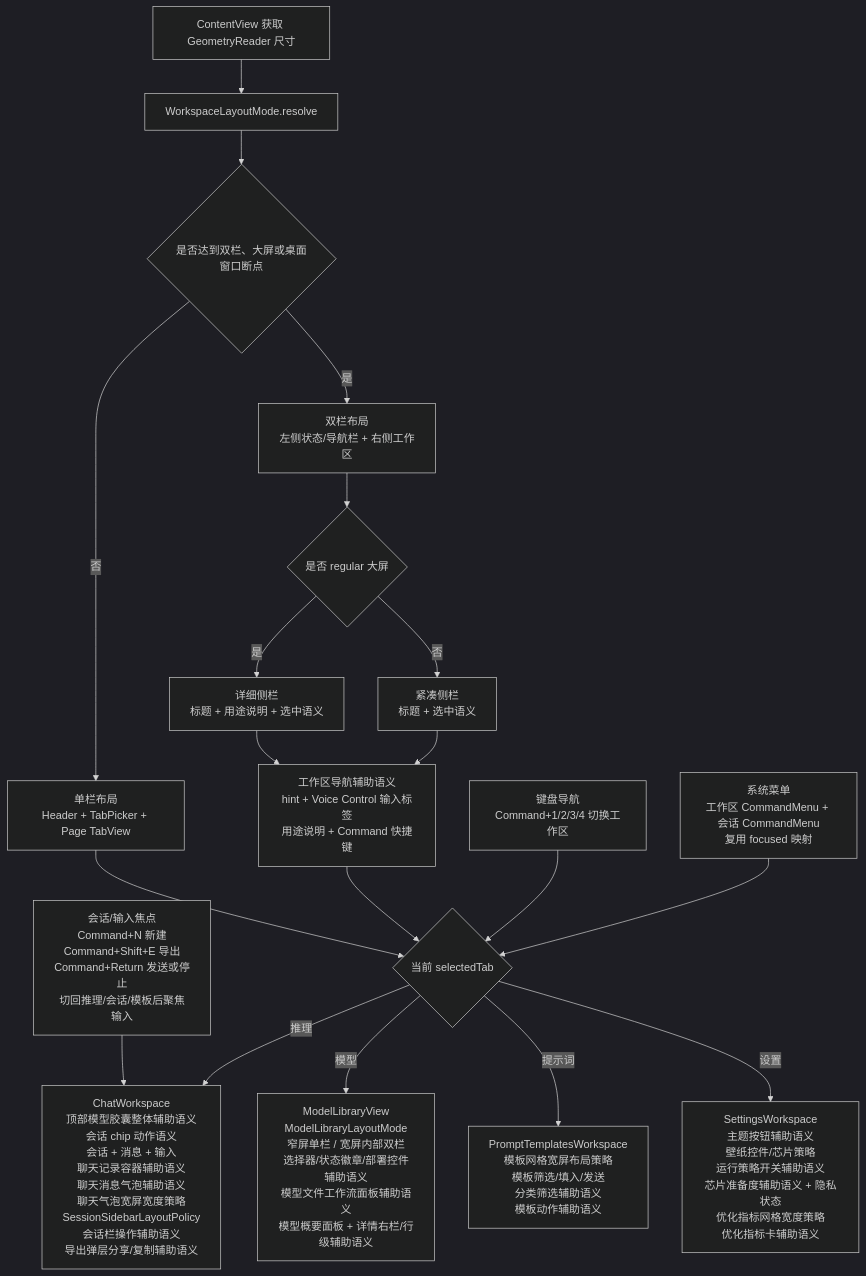
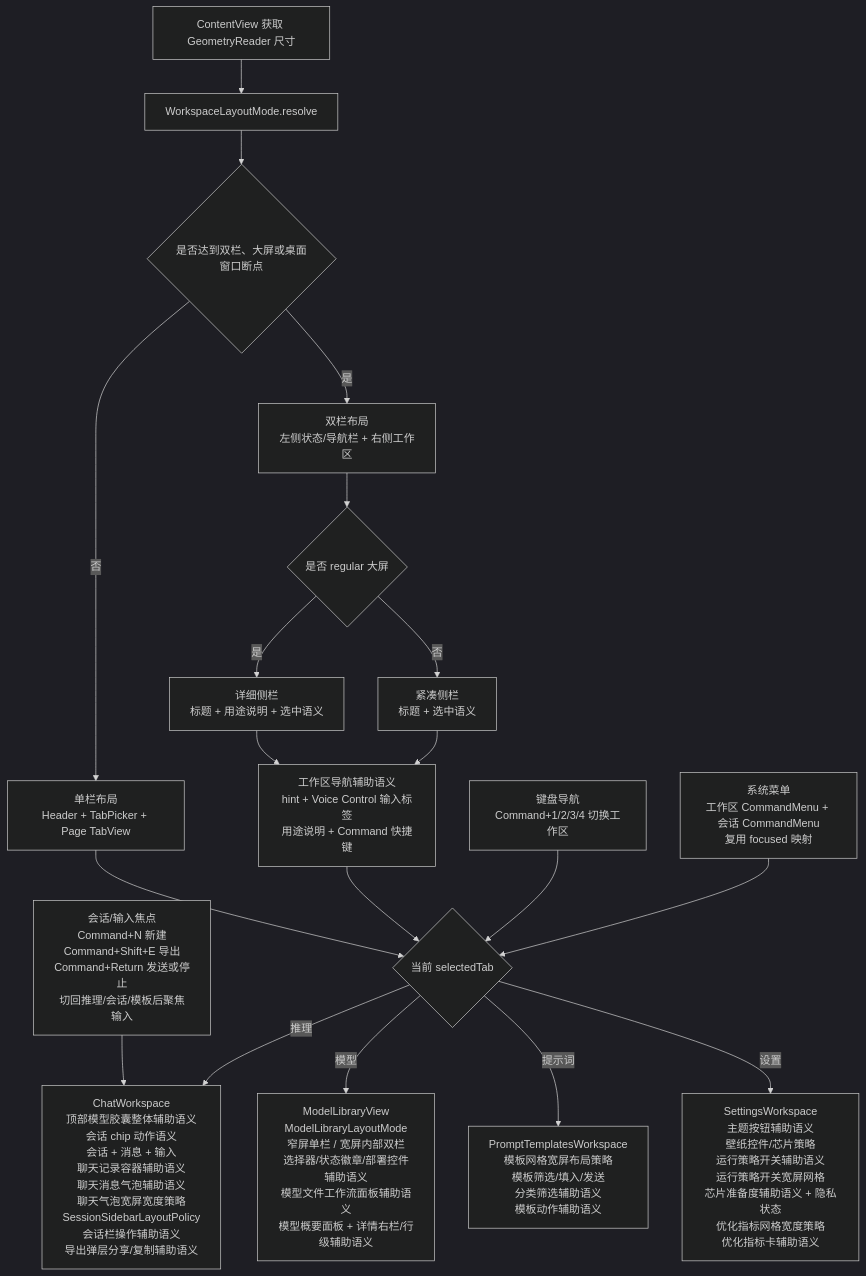
One commit to Altman-sam114/113 changed the fourth of 9 diagrams in md/flow/flowchart.md. Above: the diagram before and after it, drawn with Mermaid (dark theme). The commit also changed other lines of this file and 8 other files, not shown here.

````diff
--- a/md/flow/flowchart.md
+++ b/md/flow/flowchart.md
@@ -68,21 +68,21 @@
 ```mermaid
 flowchart TD
     A[ContentView 获取 GeometryReader 尺寸] --> B[WorkspaceLayoutMode.resolve]
     B --> C{是否达到双栏、大屏或桌面窗口断点}
     C -- 否 --> D[单栏布局<br/>Header + TabPicker + Page TabView]
     C -- 是 --> E[双栏布局<br/>左侧状态/导航栏 + 右侧工作区]
     E --> N{是否 regular 大屏}
     N -- 是 --> O[详细侧栏<br/>标题 + 用途说明 + 选中语义]
     N -- 否 --> P[紧凑侧栏<br/>标题 + 选中语义]
     D --> F{当前 selectedTab}
     O --> X[工作区导航辅助语义<br/>hint + Voice Control 输入标签<br/>用途说明 + Command 快捷键]
     P --> X
     X --> F
     K[键盘导航<br/>Command+1/2/3/4 切换工作区] --> F
     M[系统菜单<br/>工作区 CommandMenu + 会话 CommandMenu<br/>复用 focused 映射] --> F
     L[会话/输入焦点<br/>Command+N 新建<br/>Command+Shift+E 导出<br/>Command+Return 发送或停止<br/>切回推理/会话/模板后聚焦输入] --> G
     F -- 推理 --> G[ChatWorkspace<br/>顶部模型胶囊整体辅助语义<br/>会话 chip 动作语义<br/>会话 + 消息 + 输入<br/>聊天记录容器辅助语义<br/>聊天消息气泡辅助语义<br/>聊天气泡宽屏宽度策略<br/>SessionSidebarLayoutPolicy<br/>会话栏操作辅助语义<br/>导出弹层分享/复制辅助语义]
     F -- 模型 --> H[ModelLibraryView<br/>ModelLibraryLayoutMode<br/>窄屏单栏 / 宽屏内部双栏<br/>选择器/状态徽章/部署控件辅助语义<br/>模型文件工作流面板辅助语义<br/>模型概要面板 + 详情右栏/行级辅助语义]
     F -- 提示词 --> I[PromptTemplatesWorkspace<br/>模板网格宽屏布局策略<br/>模板筛选/填入/发送<br/>分类筛选辅助语义<br/>模板动作辅助语义]
-    F -- 设置 --> J[SettingsWorkspace<br/>主题按钮辅助语义<br/>壁纸控件/芯片策略<br/>运行策略开关辅助语义<br/>芯片准备度辅助语义 + 隐私状态<br/>优化指标网格宽度策略<br/>优化指标卡辅助语义]
+    F -- 设置 --> J[SettingsWorkspace<br/>主题按钮辅助语义<br/>壁纸控件/芯片策略<br/>运行策略开关辅助语义<br/>运行策略开关宽屏网格<br/>芯片准备度辅助语义 + 隐私状态<br/>优化指标网格宽度策略<br/>优化指标卡辅助语义]
 ```
````
